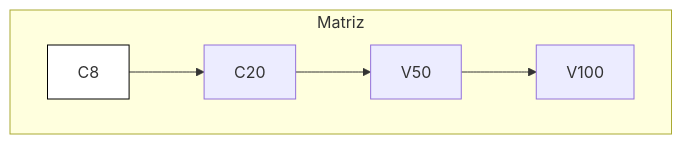
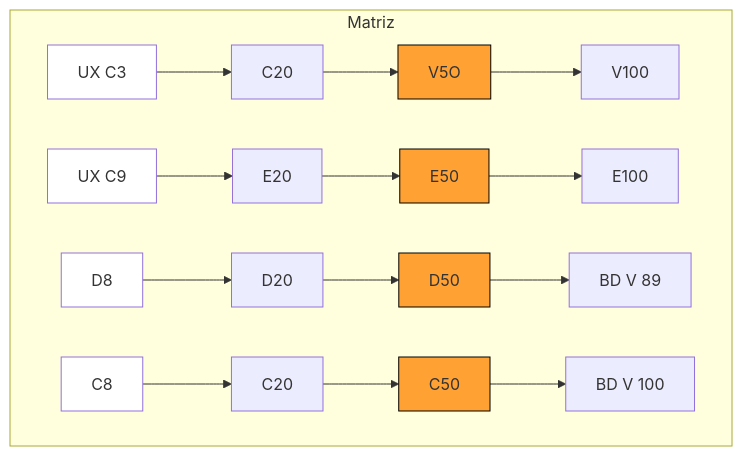
The fourth of 4 diagrams in README.md (Joao1paulo/grafico_g), drawn with Mermaid before and after one commit.

````diff
--- a/README.md
+++ b/README.md
@@ -33,9 +33,14 @@
 ```mermaid
 graph TD
   subgraph Matriz
-A1["C8"]:::branco --> A2["C20"]:::amarelo --> A3["V50"]:::laranja --> A4["V100"]:::vermelho
+A1["UX C3"]:::branco --> A2["C20"]:::amarelo --> A3["V5O"]:::laranja --> A4["V100"]:::vermelho
+B1["UX C9"]:::branco --> B2["E20"]:::amarelo --> B3["E50"]:::laranja --> B4["E100"]:::vermelho
+C1["D8"]:::branco --> C2["D20"]:::amarelo --> C3["D50"]:::laranja --> C4["BD V 89"]:::vermelho
+D1["C8"]:::branco --> D2["C20"]:::amarelo --> D3["C50"]:::laranja --> D4["BD V 100"]:::vermelho
+end
+classDef branco fill:#fff, stroke:#o00, stroke-width:1px;
+classDef amarelo fill:#FFD8D, stroke:#oeo, stroke-width:1px;
+classDef laranja fill:#FFA233, stroke:#000, stroke-width:1px;
+classDef vermlho fill:#E64C3C, stroke:#000, stroke-width:1px;
 
-  end
-
-classDef branco fill:#fff, stroke:#000, stroke-width:1px;
 ```
````
